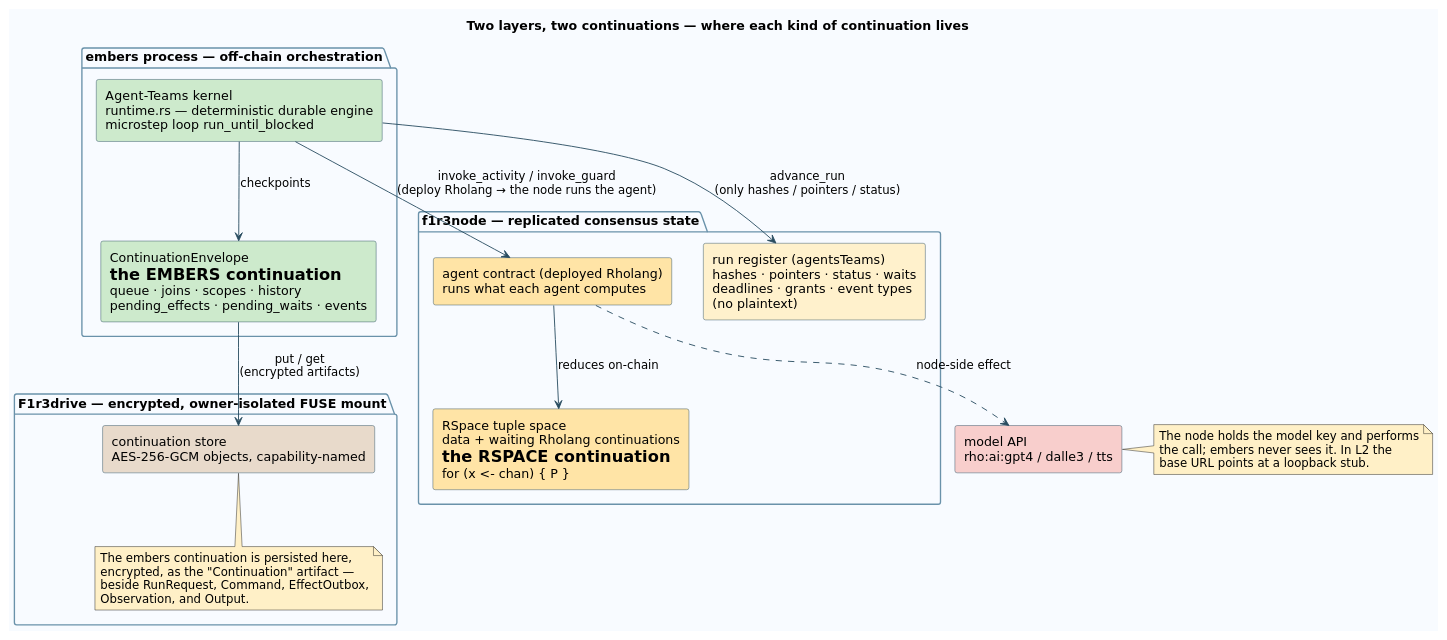
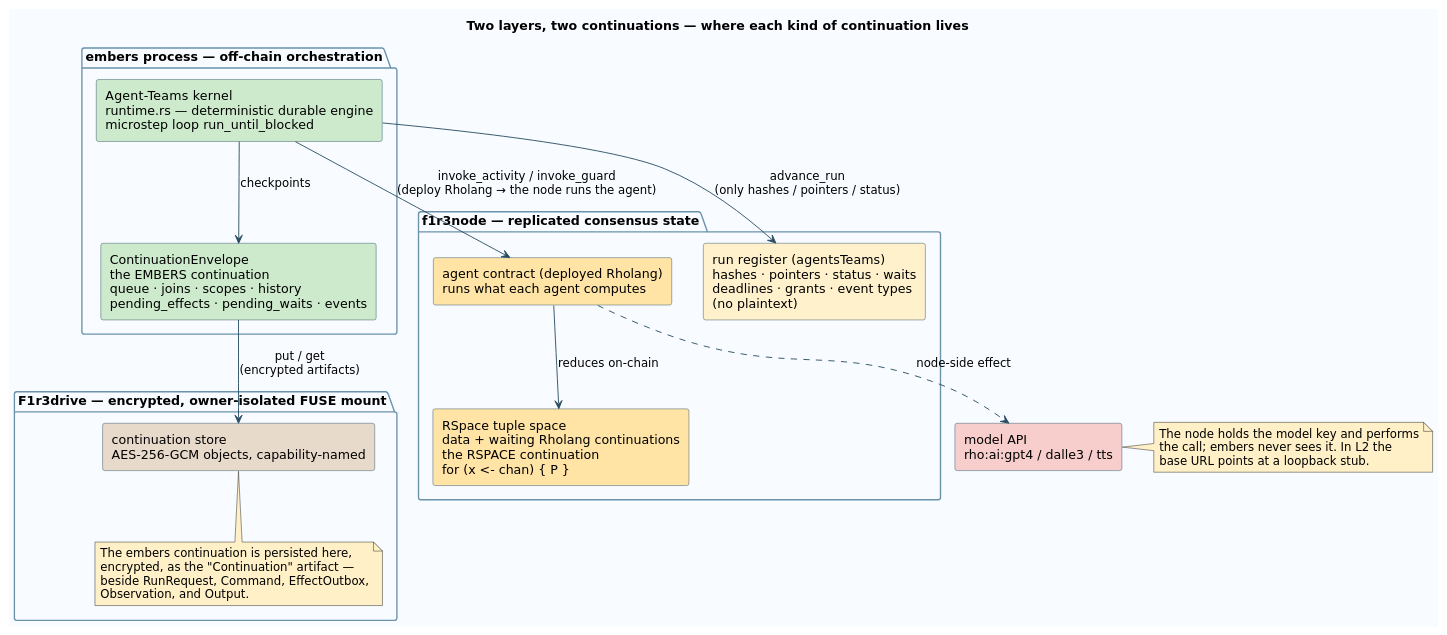
The diagram in docs/diagrams/46-two-layer-continuations.puml (F1R3FLY-io/embers), drawn with PlantUML before and after one commit. The commit also changed 5 other files, not shown here.

First line of the commit message:
docs(diagrams): add 47 (token lifecycle) + 48 (effect dispatch); fix 46 creole

```diff
--- a/docs/diagrams/46-two-layer-continuations.puml
+++ b/docs/diagrams/46-two-layer-continuations.puml
@@ -1,55 +1,55 @@
 @startuml 46-two-layer-continuations
 ' Where each kind of continuation lives: the RSpace continuation (on-chain, in
 ' f1r3node) vs the embers continuation (off-chain, checkpointed in F1r3drive).
 title Two layers, two continuations — where each kind of continuation lives
 skinparam backgroundColor #F8FBFF
 skinparam shadowing false
 skinparam defaultFontName "DejaVu Sans"
 skinparam componentStyle rectangle
 skinparam component {
   BorderColor #294C60
   ArrowColor #294C60
 }
 skinparam package {
   BackgroundColor #F8FBFF
   BorderColor #6A92AA
 }
 skinparam ArrowColor #294C60
 
 package "embers process — off-chain orchestration" as P1 {
   [Agent-Teams kernel\nruntime.rs — deterministic durable engine\nmicrostep loop run_until_blocked] as kernel #CDEACC
-  [ContinuationEnvelope\n= the EMBERS continuation\nqueue · joins · scopes · history\npending_effects · pending_waits · events] as env #CDEACC
+  [ContinuationEnvelope\nthe EMBERS continuation\nqueue · joins · scopes · history\npending_effects · pending_waits · events] as env #CDEACC
   kernel --> env : checkpoints
 }
 
 package "F1r3drive — encrypted, owner-isolated FUSE mount" as P2 {
   [continuation store\nAES-256-GCM objects, capability-named] as store #E8DACB
   note bottom of store #FFF0C7
     The embers continuation is persisted here,
     encrypted, as the "Continuation" artifact —
     beside RunRequest, Command, EffectOutbox,
     Observation, and Output.
   end note
 }
 
 package "f1r3node — replicated consensus state" as P3 {
-  [RSpace tuple space\ndata + waiting Rholang continuations\n= the RSPACE continuation\nfor (x <- chan) { P }] as rspace #FFE4A6
+  [RSpace tuple space\ndata + waiting Rholang continuations\nthe RSPACE continuation\nfor (x <- chan) { P }] as rspace #FFE4A6
   [agent contract (deployed Rholang)\nruns what each agent computes] as agent #FFE4A6
   [run register (agentsTeams)\nhashes · pointers · status · waits\ndeadlines · grants · event types\n(no plaintext)] as register #FFF1CC
   agent --> rspace : reduces on-chain
 }
 
 [model API\nrho:ai:gpt4 / dalle3 / tts] as model #F8CECC
 
 kernel --> agent : invoke_activity / invoke_guard\n(deploy Rholang → the node runs the agent)
 agent ..> model : node-side effect
 env --> store : put / get\n(encrypted artifacts)
 kernel --> register : advance_run\n(only hashes / pointers / status)
 
 note right of model #FFF0C7
   The node holds the model key and performs
   the call; embers never sees it. In L2 the
   base URL points at a loopback stub.
 end note
 
 @enduml
```
